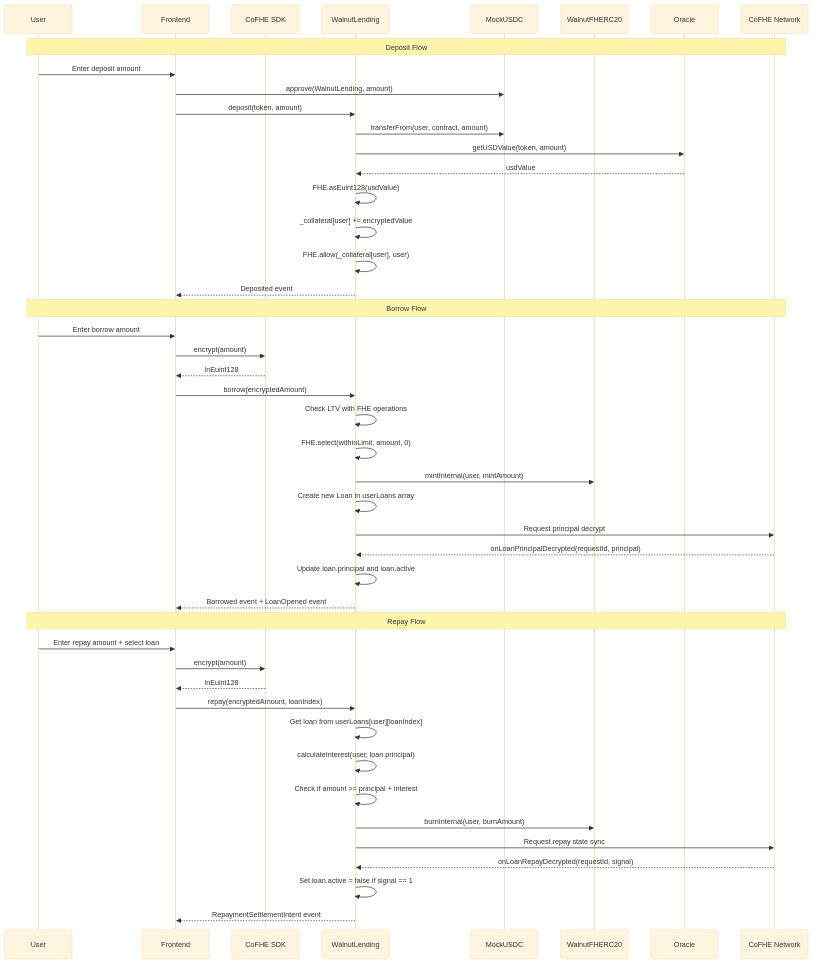
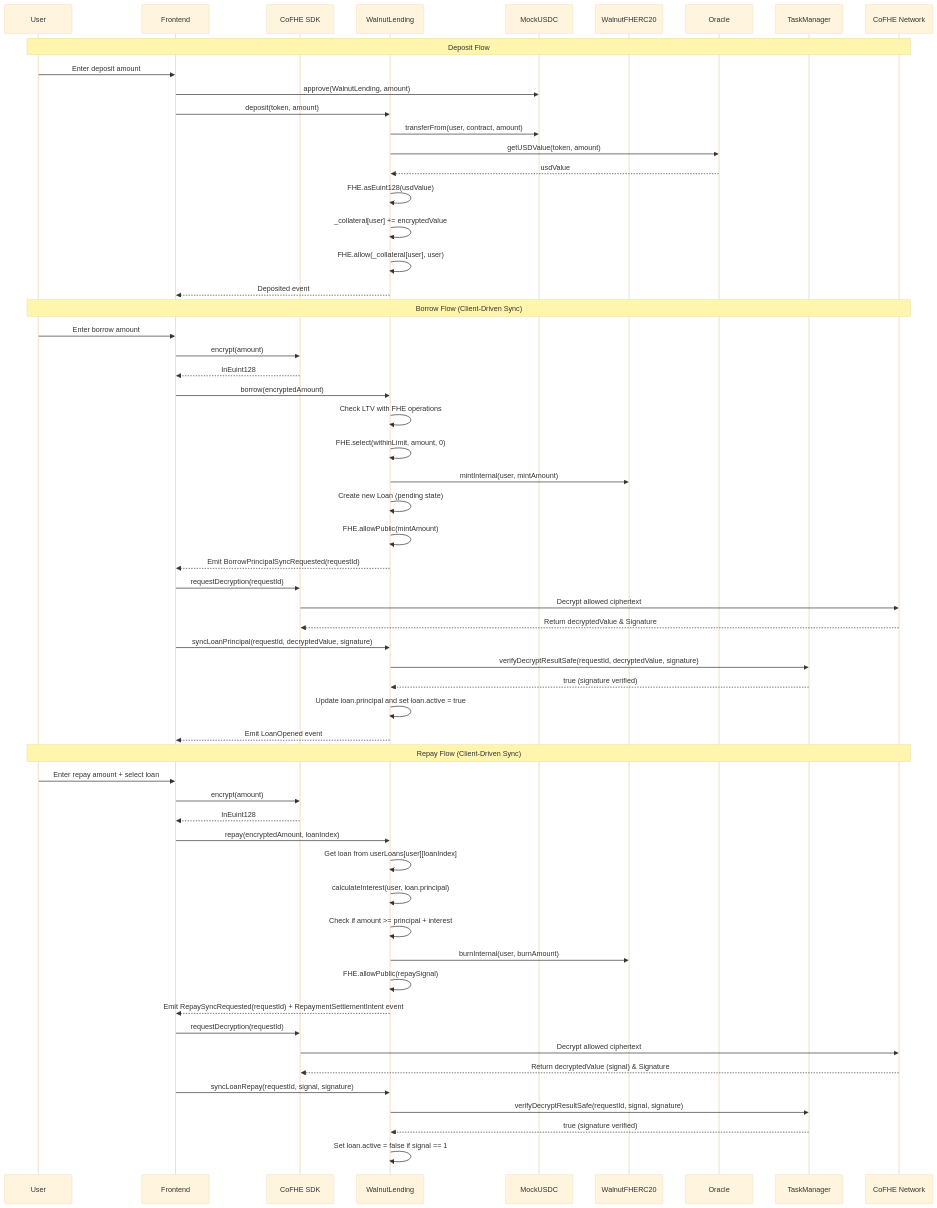
Before and after one commit to Iam-jayant/walnut: the third of 5 diagrams in public/docs/architecture.md, drawn with Mermaid (base theme). The commit also changed other lines of this file and 5 other files, not shown here.

Commit message:
Update architecture documentation with client-driven decryption sync pattern

````diff
--- a/public/docs/architecture.md
+++ b/public/docs/architecture.md
@@ -85,51 +84,65 @@
 ```mermaid
 sequenceDiagram
     participant User
     participant Frontend
     participant CoFHE SDK
     participant WalnutLending
     participant MockUSDC
     participant WalnutFHERC20
     participant Oracle
+    participant TaskManager
     participant CoFHE Network
 
     Note over User,CoFHE Network: Deposit Flow
     User->>Frontend: Enter deposit amount
     Frontend->>MockUSDC: approve(WalnutLending, amount)
     Frontend->>WalnutLending: deposit(token, amount)
     WalnutLending->>MockUSDC: transferFrom(user, contract, amount)
     WalnutLending->>Oracle: getUSDValue(token, amount)
     Oracle-->>WalnutLending: usdValue
     WalnutLending->>WalnutLending: FHE.asEuint128(usdValue)
     WalnutLending->>WalnutLending: _collateral[user] += encryptedValue
     WalnutLending->>WalnutLending: FHE.allow(_collateral[user], user)
     WalnutLending-->>Frontend: Deposited event
 
-    Note over User,CoFHE Network: Borrow Flow
+    Note over User,CoFHE Network: Borrow Flow (Client-Driven Sync)
     User->>Frontend: Enter borrow amount
     Frontend->>CoFHE SDK: encrypt(amount)
     CoFHE SDK-->>Frontend: InEuint128
     Frontend->>WalnutLending: borrow(encryptedAmount)
     WalnutLending->>WalnutLending: Check LTV with FHE operations
     WalnutLending->>WalnutLending: FHE.select(withinLimit, amount, 0)
     WalnutLending->>WalnutFHERC20: mintInternal(user, mintAmount)
-    WalnutLending->>WalnutLending: Create new Loan in userLoans array
-    WalnutLending->>CoFHE Network: Request principal decrypt
-    CoFHE Network-->>WalnutLending: onLoanPrincipalDecrypted(requestId, principal)
-    WalnutLending->>WalnutLending: Update loan.principal and loan.active
-    WalnutLending-->>Frontend: Borrowed event + LoanOpened event
+    WalnutLending->>WalnutLending: Create new Loan (pending state)
+    WalnutLending->>WalnutLending: FHE.allowPublic(mintAmount)
+    WalnutLending-->>Frontend: Emit BorrowPrincipalSyncRequested(requestId)
+    
+    Frontend->>CoFHE SDK: requestDecryption(requestId)
+    CoFHE SDK->>CoFHE Network: Decrypt allowed ciphertext
+    CoFHE Network-->>CoFHE SDK: Return decryptedValue & Signature
+    Frontend->>WalnutLending: syncLoanPrincipal(requestId, decryptedValue, signature)
+    WalnutLending->>TaskManager: verifyDecryptResultSafe(requestId, decryptedValue, signature)
+    TaskManager-->>WalnutLending: true (signature verified)
+    WalnutLending->>WalnutLending: Update loan.principal and set loan.active = true
+    WalnutLending-->>Frontend: Emit LoanOpened event
 
-    Note over User,CoFHE Network: Repay Flow
+    Note over User,CoFHE Network: Repay Flow (Client-Driven Sync)
     User->>Frontend: Enter repay amount + select loan
     Frontend->>CoFHE SDK: encrypt(amount)
     CoFHE SDK-->>Frontend: InEuint128
     Frontend->>WalnutLending: repay(encryptedAmount, loanIndex)
     WalnutLending->>WalnutLending: Get loan from userLoans[user][loanIndex]
     WalnutLending->>WalnutLending: calculateInterest(user, loan.principal)
     WalnutLending->>WalnutLending: Check if amount >= principal + interest
     WalnutLending->>WalnutFHERC20: burnInternal(user, burnAmount)
-    WalnutLending->>CoFHE Network: Request repay state sync
-    CoFHE Network-->>WalnutLending: onLoanRepayDecrypted(requestId, signal)
+    WalnutLending->>WalnutLending: FHE.allowPublic(repaySignal)
+    WalnutLending-->>Frontend: Emit RepaySyncRequested(requestId) + RepaymentSettlementIntent event
+    
+    Frontend->>CoFHE SDK: requestDecryption(requestId)
+    CoFHE SDK->>CoFHE Network: Decrypt allowed ciphertext
+    CoFHE Network-->>CoFHE SDK: Return decryptedValue (signal) & Signature
+    Frontend->>WalnutLending: syncLoanRepay(requestId, signal, signature)
+    WalnutLending->>TaskManager: verifyDecryptResultSafe(requestId, signal, signature)
+    TaskManager-->>WalnutLending: true (signature verified)
     WalnutLending->>WalnutLending: Set loan.active = false if signal == 1
-    WalnutLending-->>Frontend: RepaymentSettlementIntent event
 ```
````
